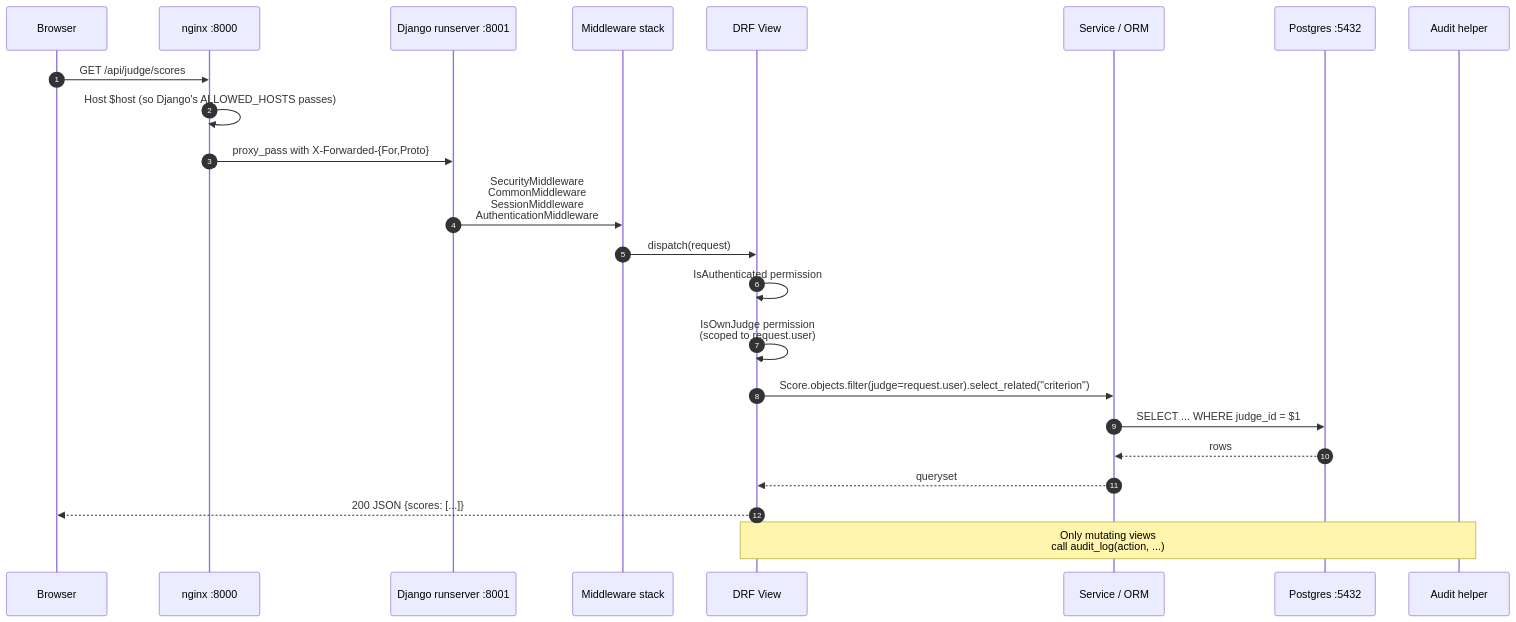
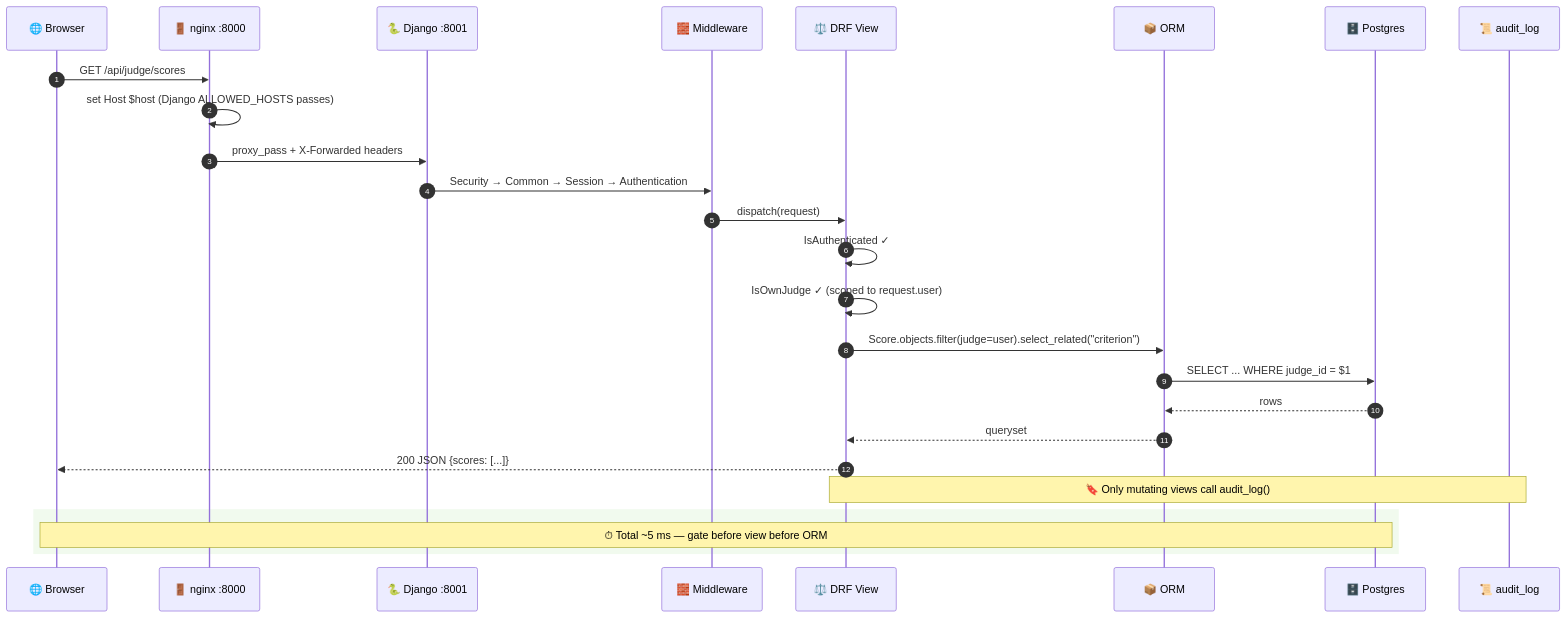
One commit to choksi2212/dogfood-hackathon changed the second of 10 diagrams in README.md. Above: the diagram before and after it, drawn with Mermaid. The commit also changed other lines of this file, not shown here.

First line of the commit message:
README: rebuild diagrams — landscape architecture + light themed palette

````diff
--- a/README.md
+++ b/README.md
@@ -154,26 +173,31 @@
 ```mermaid
 sequenceDiagram
     autonumber
-    participant B as Browser
-    participant N as nginx :8000
-    participant D as Django runserver :8001
-    participant MW as Middleware stack
-    participant V as DRF View
-    participant S as Service / ORM
-    participant DB as Postgres :5432
-    participant A as Audit helper
+    participant B as 🌐 Browser
+    participant N as 🚪 nginx :8000
+    participant D as 🐍 Django :8001
+    participant MW as 🧱 Middleware
+    participant V as ⚖️ DRF View
+    participant S as 📦 ORM
+    participant DB as 🗄️ Postgres
+    participant A as 📜 audit_log
 
     B->>N: GET /api/judge/scores
-    N->>N: Host $host (so Django's ALLOWED_HOSTS passes)
-    N->>D: proxy_pass with X-Forwarded-{For,Proto}
-    D->>MW: SecurityMiddleware<br/>CommonMiddleware<br/>SessionMiddleware<br/>AuthenticationMiddleware
+    N->>N: set Host $host (Django ALLOWED_HOSTS passes)
+    N->>D: proxy_pass + X-Forwarded headers
+    D->>MW: Security → Common → Session → Authentication
     MW->>V: dispatch(request)
-    V->>V: IsAuthenticated permission
-    V->>V: IsOwnJudge permission<br/>(scoped to request.user)
-    V->>S: Score.objects.filter(judge=request.user).select_related("criterion")
+    V->>V: IsAuthenticated ✓
+    V->>V: IsOwnJudge ✓ (scoped to request.user)
+    V->>S: Score.objects.filter(judge=user).select_related("criterion")
     S->>DB: SELECT ... WHERE judge_id = $1
     DB-->>S: rows
     S-->>V: queryset
     V-->>B: 200 JSON {scores: [...]}
-    Note over V,A: Only mutating views<br/>call audit_log(action, ...)
+
+    Note over V,A: 🔖 Only mutating views call audit_log()
+
+    rect rgb(241, 250, 238)
+    Note over B,DB: ⏱ Total ~5 ms — gate before view before ORM
+    end
 ```
````
